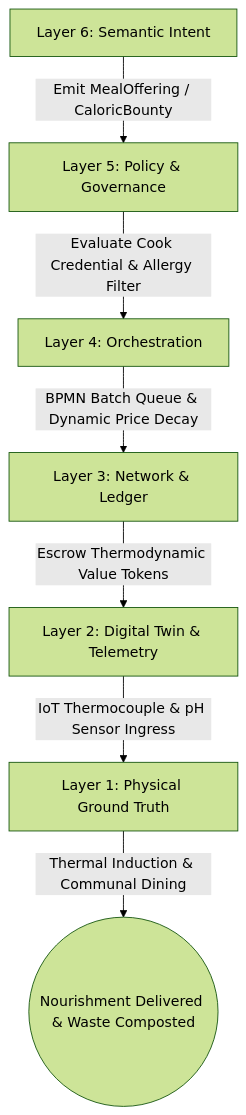
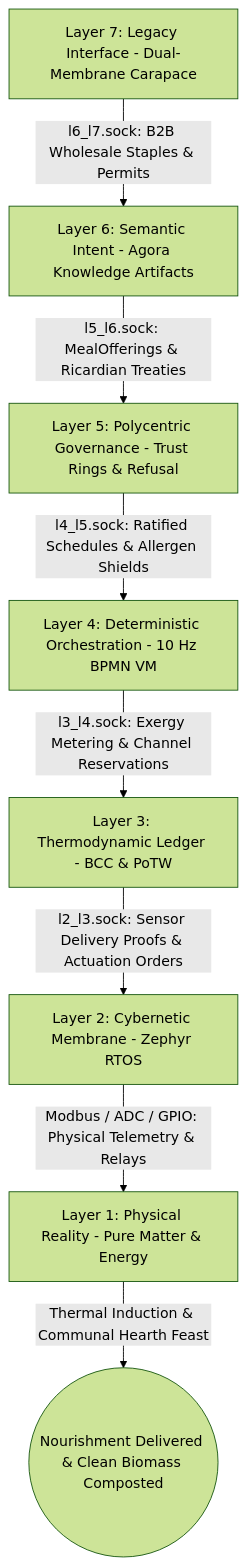
One commit to raffaine/collective changed the first of 4 diagrams in docs/scenarios/gamma_kitchen.md. Above: the diagram before and after it, drawn with Mermaid (forest theme). The commit also changed other lines of this file and 23 other files, not shown here.

````diff
--- a/docs/scenarios/gamma_kitchen.md
+++ b/docs/scenarios/gamma_kitchen.md
@@ -39,9 +42,10 @@
 ```mermaid
 graph TD
-    L6[Layer 6: Semantic Intent] -->|Emit MealOffering / CaloricBounty| L5[Layer 5: Policy & Governance]
-    L5 -->|Evaluate Cook Credential & Allergy Filter| L4[Layer 4: Orchestration]
-    L4 -->|BPMN Batch Queue & Dynamic Price Decay| L3[Layer 3: Network & Ledger]
-    L3 -->|Escrow Thermodynamic Value Tokens| L2[Layer 2: Digital Twin & Telemetry]
-    L2 -->|IoT Thermocouple & pH Sensor Ingress| L1[Layer 1: Physical Ground Truth]
-    L1 -->|Thermal Induction & Communal Dining| End((Nourishment Delivered & Waste Composted))
+    L7[Layer 7: Legacy Interface - Dual-Membrane Carapace] -->|l6_l7.sock: B2B Wholesale Staples & Permits| L6[Layer 6: Semantic Intent - Agora Knowledge Artifacts]
+    L6 -->|l5_l6.sock: MealOfferings & Ricardian Treaties| L5[Layer 5: Polycentric Governance - Trust Rings & Refusal]
+    L5 -->|l4_l5.sock: Ratified Schedules & Allergen Shields| L4[Layer 4: Deterministic Orchestration - 10 Hz BPMN VM]
+    L4 -->|l3_l4.sock: Exergy Metering & Channel Reservations| L3[Layer 3: Thermodynamic Ledger - BCC & PoTW]
+    L3 -->|l2_l3.sock: Sensor Delivery Proofs & Actuation Orders| L2[Layer 2: Cybernetic Membrane - Zephyr RTOS]
+    L2 -->|Modbus / ADC / GPIO: Physical Telemetry & Relays| L1[Layer 1: Physical Reality - Pure Matter & Energy]
+    L1 -->|Thermal Induction & Communal Hearth Feast| End((Nourishment Delivered & Clean Biomass Composted))
 ```
````
